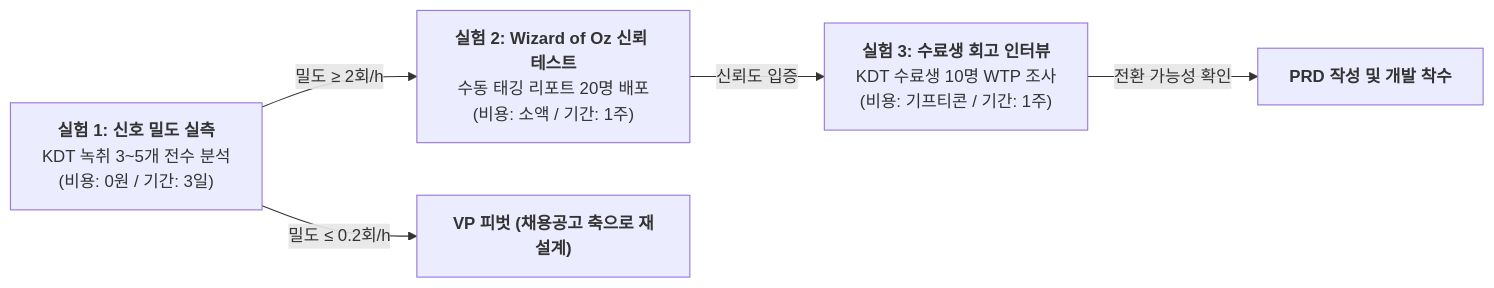
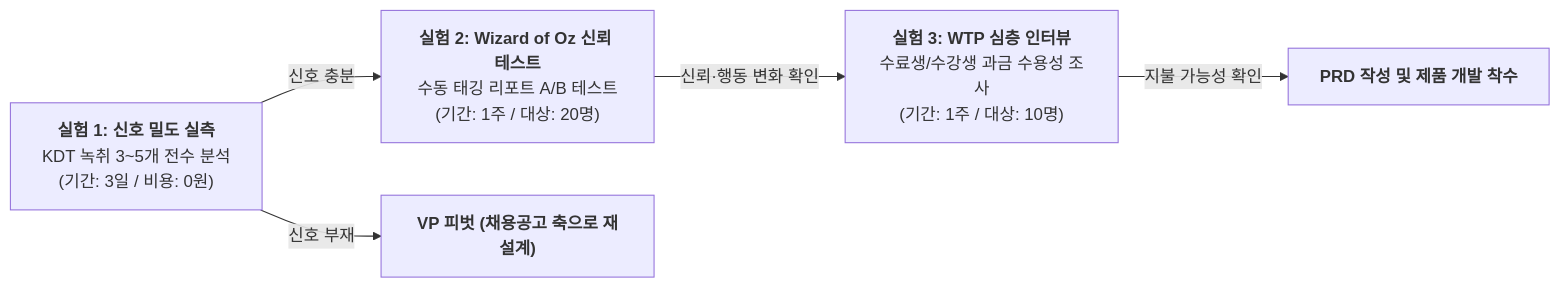
Before and after one commit to happai079/business-research-kokjip: the diagram in 08-competitor-value-declaration/KOKJIP-VPS-v2_0-rooted.md, drawn with Mermaid. The commit also changed other lines of this file, not shown here.

Commit message:
refactor(ch08): VPS v2.0 사실/추론/가설 재정비 및 PRD 기준선 수준으로 밀도·정확도 개정

````diff
--- a/08-competitor-value-declaration/KOKJIP-VPS-v2_0-rooted.md
+++ b/08-competitor-value-declaration/KOKJIP-VPS-v2_0-rooted.md
@@ -217,11 +222,11 @@
 ```mermaid
 flowchart LR
-    E1["<b>실험 1: 신호 밀도 실측</b><br/>KDT 녹취 3~5개 전수 분석<br/>(비용: 0원 / 기간: 3일)"]
-    E2["<b>실험 2: Wizard of Oz 신뢰 테스트</b><br/>수동 태깅 리포트 20명 배포<br/>(비용: 소액 / 기간: 1주)"]
-    E3["<b>실험 3: 수료생 회고 인터뷰</b><br/>KDT 수료생 10명 WTP 조사<br/>(비용: 기프티콘 / 기간: 1주)"]
+    E1["<b>실험 1: 신호 밀도 실측</b><br/>KDT 녹취 3~5개 전수 분석<br/>(기간: 3일 / 비용: 0원)"]
+    E2["<b>실험 2: Wizard of Oz 신뢰 테스트</b><br/>수동 태깅 리포트 A/B 테스트<br/>(기간: 1주 / 대상: 20명)"]
+    E3["<b>실험 3: WTP 심층 인터뷰</b><br/>수료생/수강생 과금 수용성 조사<br/>(기간: 1주 / 대상: 10명)"]
 
-    E1 -->|밀도 ≥ 2회/h| E2
-    E2 -->|신뢰도 입증| E3
-    E3 -->|전환 가능성 확인| PRD["<b>PRD 작성 및 개발 착수</b>"]
-    E1 -->|밀도 ≤ 0.2회/h| Pivot["<b>VP 피벗 (채용공고 축으로 재설계)</b>"]
+    E1 -->|신호 충분| E2
+    E2 -->|신뢰·행동 변화 확인| E3
+    E3 -->|지불 가능성 확인| PRD["<b>PRD 작성 및 제품 개발 착수</b>"]
+    E1 -->|신호 부재| Pivot["<b>VP 피벗 (채용공고 축으로 재설계)</b>"]
 ```
````
